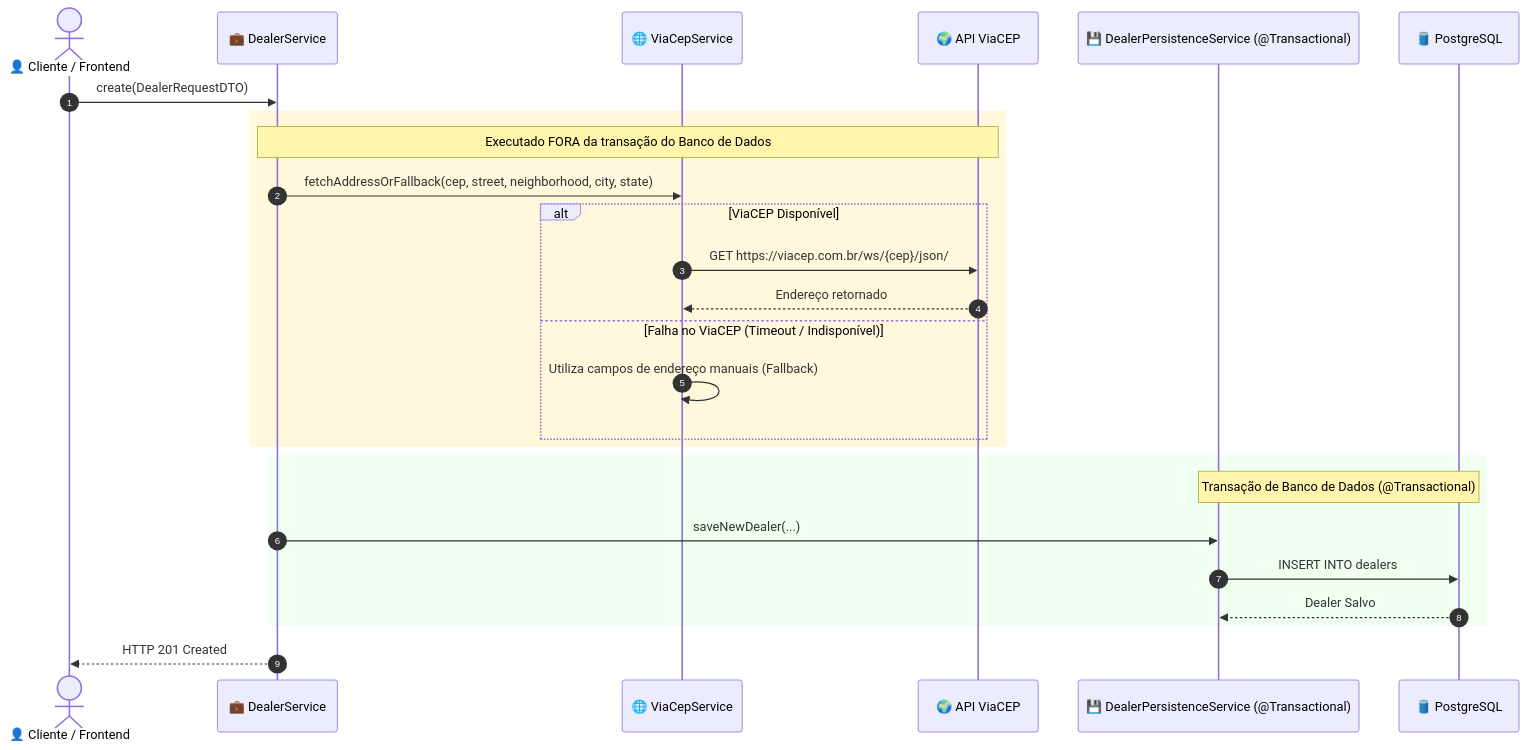
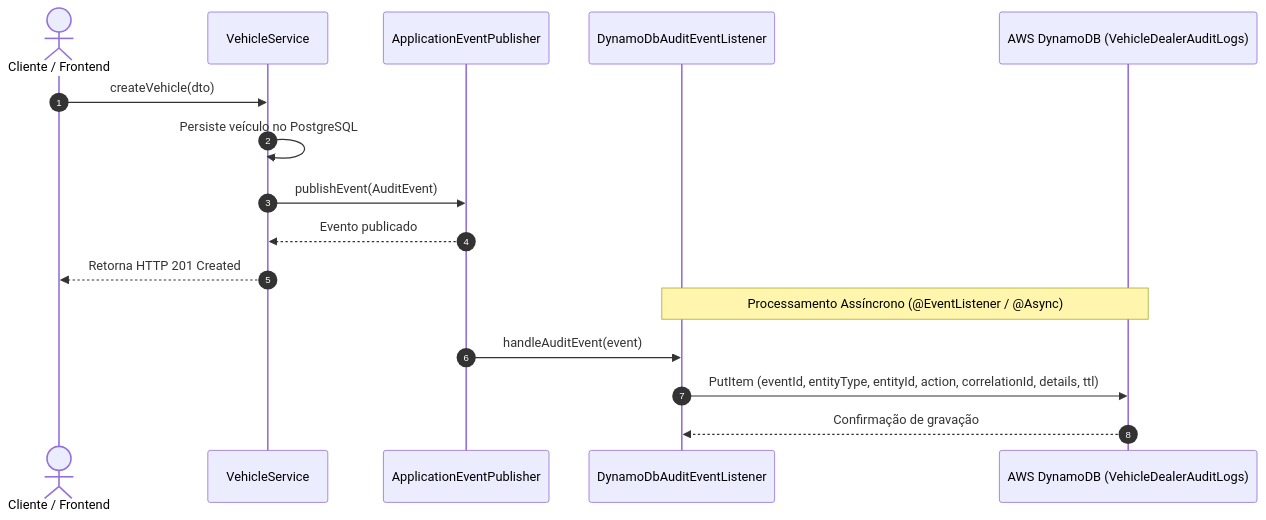
Before and after one commit to J040Pablo/vehicle-dealer-system: the fourth of 4 diagrams in docs/architecture/architecture.md, drawn with Mermaid. The commit also changed other lines of this file and 21 other files, not shown here.

````diff
--- a/docs/architecture/architecture.md
+++ b/docs/architecture/architecture.md
@@ -114,33 +168,20 @@
 ```mermaid
 sequenceDiagram
     autonumber
-    actor Client as 👤 Cliente / Frontend
-    participant DealerSvc as 💼 DealerService
-    participant ViaCepSvc as 🌐 ViaCepService
-    participant ViaCEP as 🌍 API ViaCEP
-    participant Persistence as 💾 DealerPersistenceService (@Transactional)
-    participant DB as 🛢️ PostgreSQL
+    actor Client as Cliente / Frontend
+    participant Service as VehicleService
+    participant Publisher as ApplicationEventPublisher
+    participant Listener as DynamoDbAuditEventListener
+    participant DynamoDB as AWS DynamoDB (VehicleDealerAuditLogs)
 
-    Client->>DealerSvc: create(DealerRequestDTO)
-    
-    rect rgb(255, 248, 220)
-        note over DealerSvc, ViaCEP: Executado FORA da transação do Banco de Dados
-        DealerSvc->>ViaCepSvc: fetchAddressOrFallback(cep, street, neighborhood, city, state)
-        
-        alt ViaCEP Disponível
-            ViaCepSvc->>ViaCEP: GET https://viacep.com.br/ws/{cep}/json/
-            ViaCEP-->>ViaCepSvc: Endereço retornado
-        else Falha no ViaCEP (Timeout / Indisponível)
-            ViaCepSvc->>ViaCepSvc: Utiliza campos de endereço manuais (Fallback)
-        end
-    end
+    Client->>Service: createVehicle(dto)
+    Service->>Service: Persiste veículo no PostgreSQL
+    Service->>Publisher: publishEvent(AuditEvent)
+    Publisher-->>Service: Evento publicado
+    Service-->>Client: Retorna HTTP 201 Created
 
-    rect rgb(240, 255, 240)
-        note over Persistence, DB: Transação de Banco de Dados (@Transactional)
-        DealerSvc->>Persistence: saveNewDealer(...)
-        Persistence->>DB: INSERT INTO dealers
-        DB-->>Persistence: Dealer Salvo
-    end
-
-    DealerSvc-->>Client: HTTP 201 Created
+    note over Listener, DynamoDB: Processamento Assíncrono (@EventListener / @Async)
+    Publisher->>Listener: handleAuditEvent(event)
+    Listener->>DynamoDB: PutItem (eventId, entityType, entityId, action, correlationId, details, ttl)
+    DynamoDB-->>Listener: Confirmação de gravação
 ```
````
